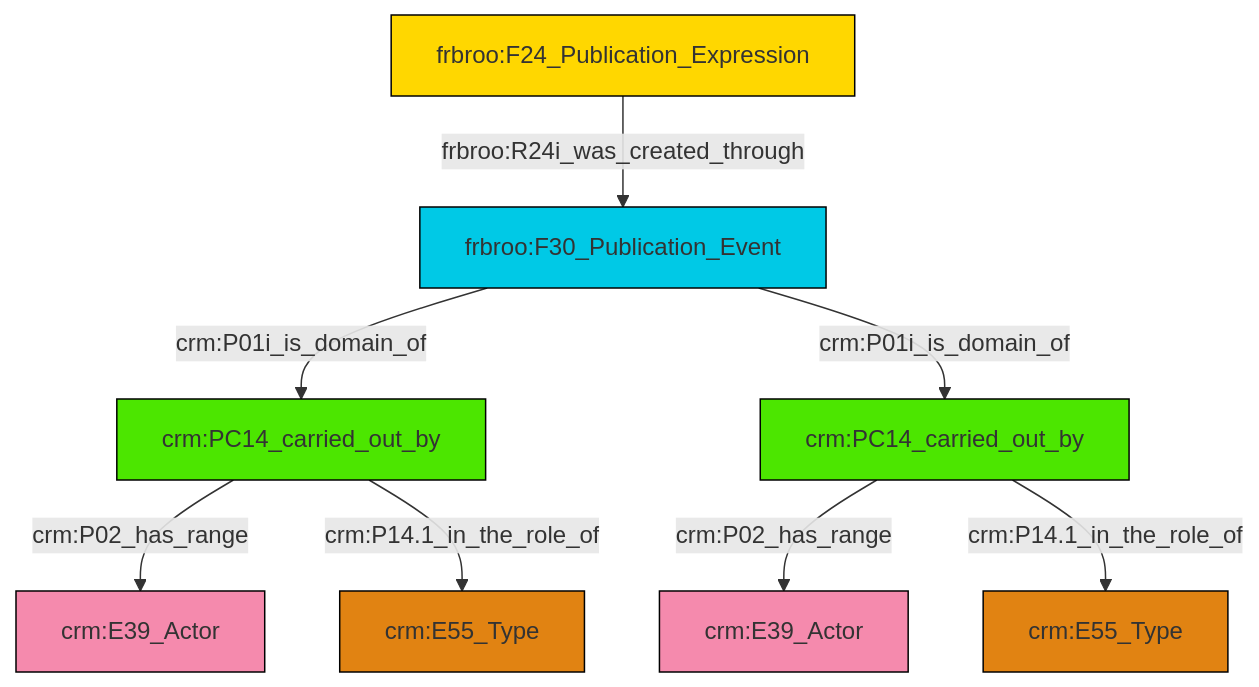
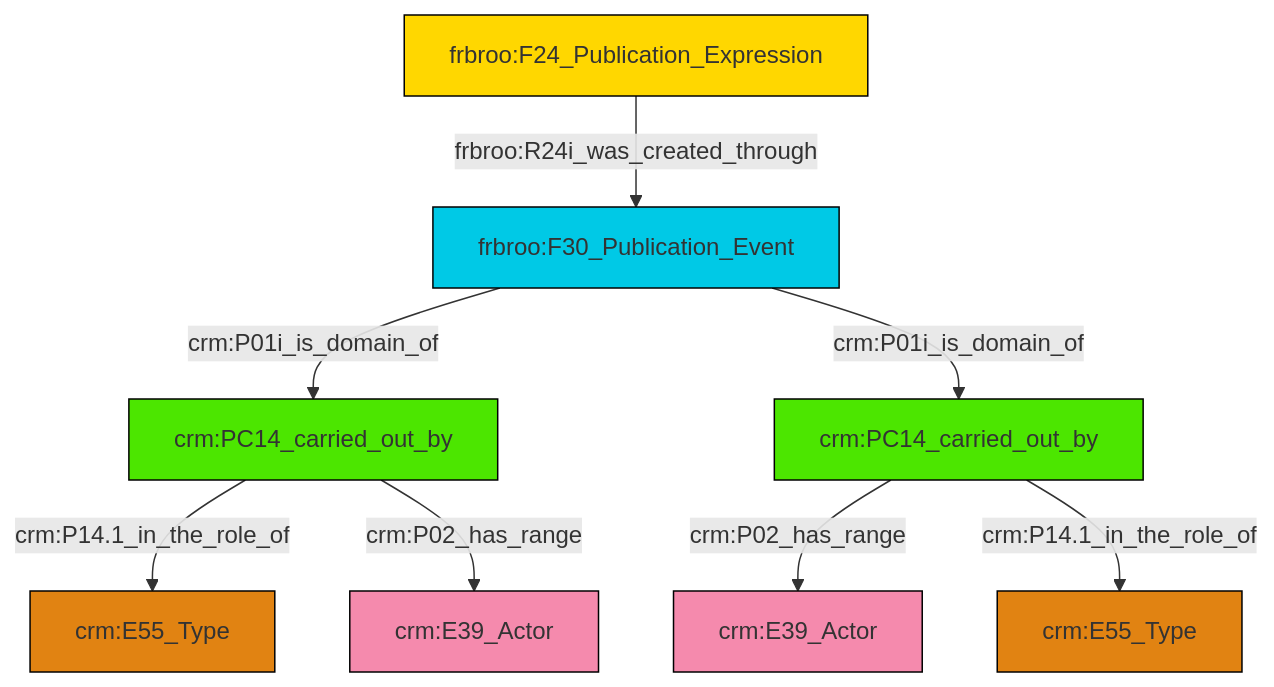
The diagram in et/biblioCSV/ttl/mmd/biblio_actor_relations.ttl.mmd (swiss-art-research-net/reference-data-models), drawn with Mermaid before and after one commit. The commit also changed 128 other files, not shown here.

```diff
--- a/et/biblioCSV/ttl/mmd/biblio_actor_relations.ttl.mmd
+++ b/et/biblioCSV/ttl/mmd/biblio_actor_relations.ttl.mmd
@@ -1,22 +1,22 @@
 graph TD
 classDef Literal fill:#f2f2f2,stroke:#000000;
 classDef CRM_Entity fill:#FFFFFF,stroke:#000000;
 classDef Temporal_Entity fill:#00C9E6, stroke:#000000;
 classDef Type fill:#E18312, stroke:#000000;
 classDef Time-Span fill:#2C9C91, stroke:#000000;
 classDef Appellation fill:#FFEB7F, stroke:#000000;
 classDef Place fill:#008836, stroke:#000000;
 classDef Persistent_Item fill:#B266B2, stroke:#000000;
 classDef Conceptual_Object fill:#FFD700, stroke:#000000;
 classDef Physical_Thing fill:#D2B48C, stroke:#000000;
 classDef Actor fill:#f58aad, stroke:#000000;
 classDef PC_Classes fill:#4ce600, stroke:#000000;
 classDef Multi fill:#cccccc,stroke:#000000;
 
-2["frbroo:F30_Publication_Event"]:::Temporal_Entity -->|crm:P01i_is_domain_of| 3["crm:PC14_carried_out_by"]:::PC_Classes
-4["crm:PC14_carried_out_by"]:::PC_Classes -->|crm:P02_has_range| 5["crm:E39_Actor"]:::Actor
-3["crm:PC14_carried_out_by"]:::PC_Classes -->|crm:P02_has_range| 6["crm:E39_Actor"]:::Actor
-3["crm:PC14_carried_out_by"]:::PC_Classes -->|crm:P14.1_in_the_role_of| 0["crm:E55_Type"]:::Type
-10["frbroo:F24_Publication_Expression"]:::Conceptual_Object -->|frbroo:R24i_was_created_through| 2["frbroo:F30_Publication_Event"]:::Temporal_Entity
-2["frbroo:F30_Publication_Event"]:::Temporal_Entity -->|crm:P01i_is_domain_of| 4["crm:PC14_carried_out_by"]:::PC_Classes
-4["crm:PC14_carried_out_by"]:::PC_Classes -->|crm:P14.1_in_the_role_of| 15["crm:E55_Type"]:::Type
+6["frbroo:F30_Publication_Event"]:::Temporal_Entity -->|crm:P01i_is_domain_of| 7["crm:PC14_carried_out_by"]:::PC_Classes
+7["crm:PC14_carried_out_by"]:::PC_Classes -->|crm:P14.1_in_the_role_of| 8["crm:E55_Type"]:::Type
+0["crm:PC14_carried_out_by"]:::PC_Classes -->|crm:P02_has_range| 9["crm:E39_Actor"]:::Actor
+0["crm:PC14_carried_out_by"]:::PC_Classes -->|crm:P14.1_in_the_role_of| 10["crm:E55_Type"]:::Type
+7["crm:PC14_carried_out_by"]:::PC_Classes -->|crm:P02_has_range| 2["crm:E39_Actor"]:::Actor
+4["frbroo:F24_Publication_Expression"]:::Conceptual_Object -->|frbroo:R24i_was_created_through| 6["frbroo:F30_Publication_Event"]:::Temporal_Entity
+6["frbroo:F30_Publication_Event"]:::Temporal_Entity -->|crm:P01i_is_domain_of| 0["crm:PC14_carried_out_by"]:::PC_Classes
```
